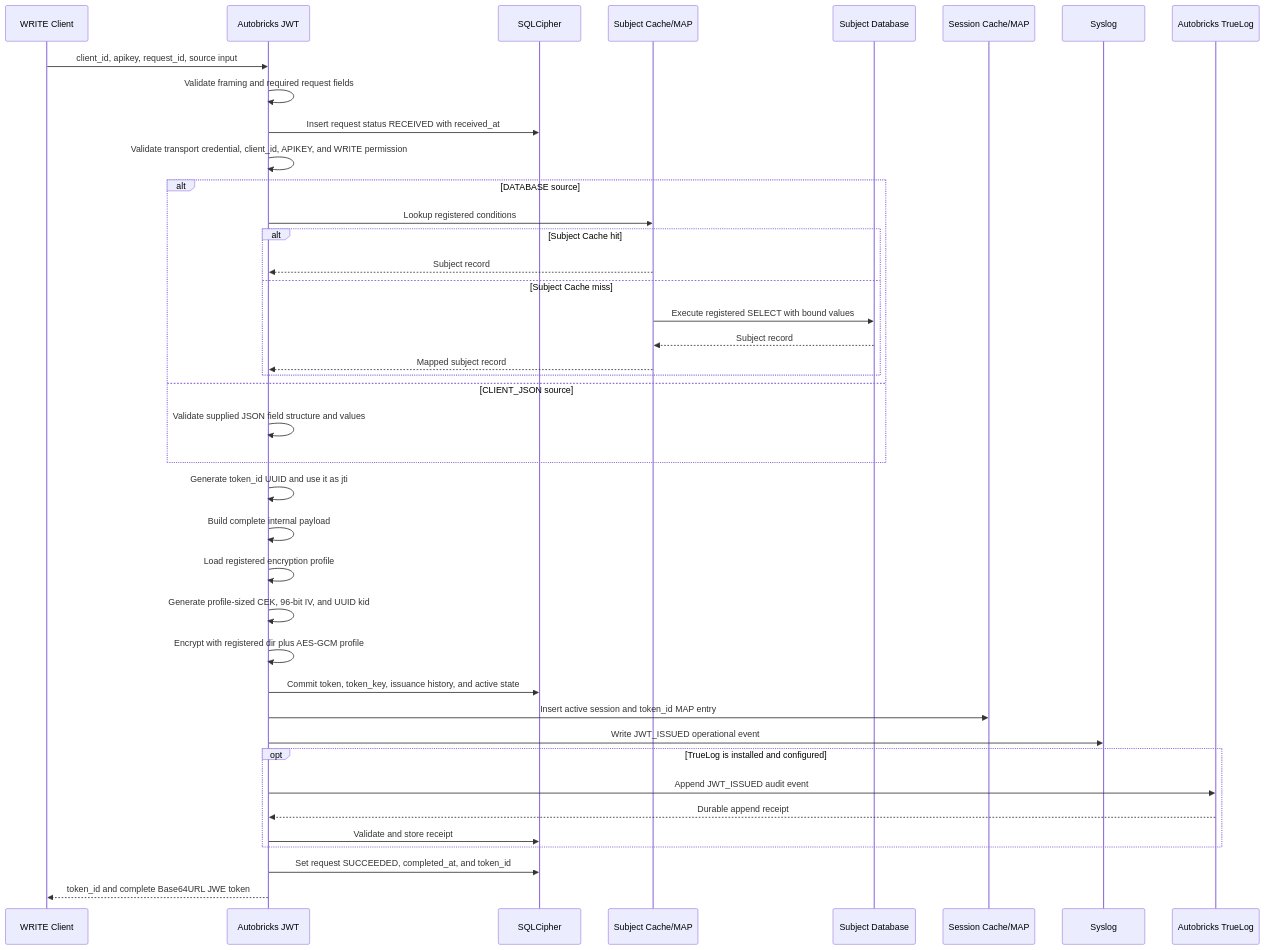
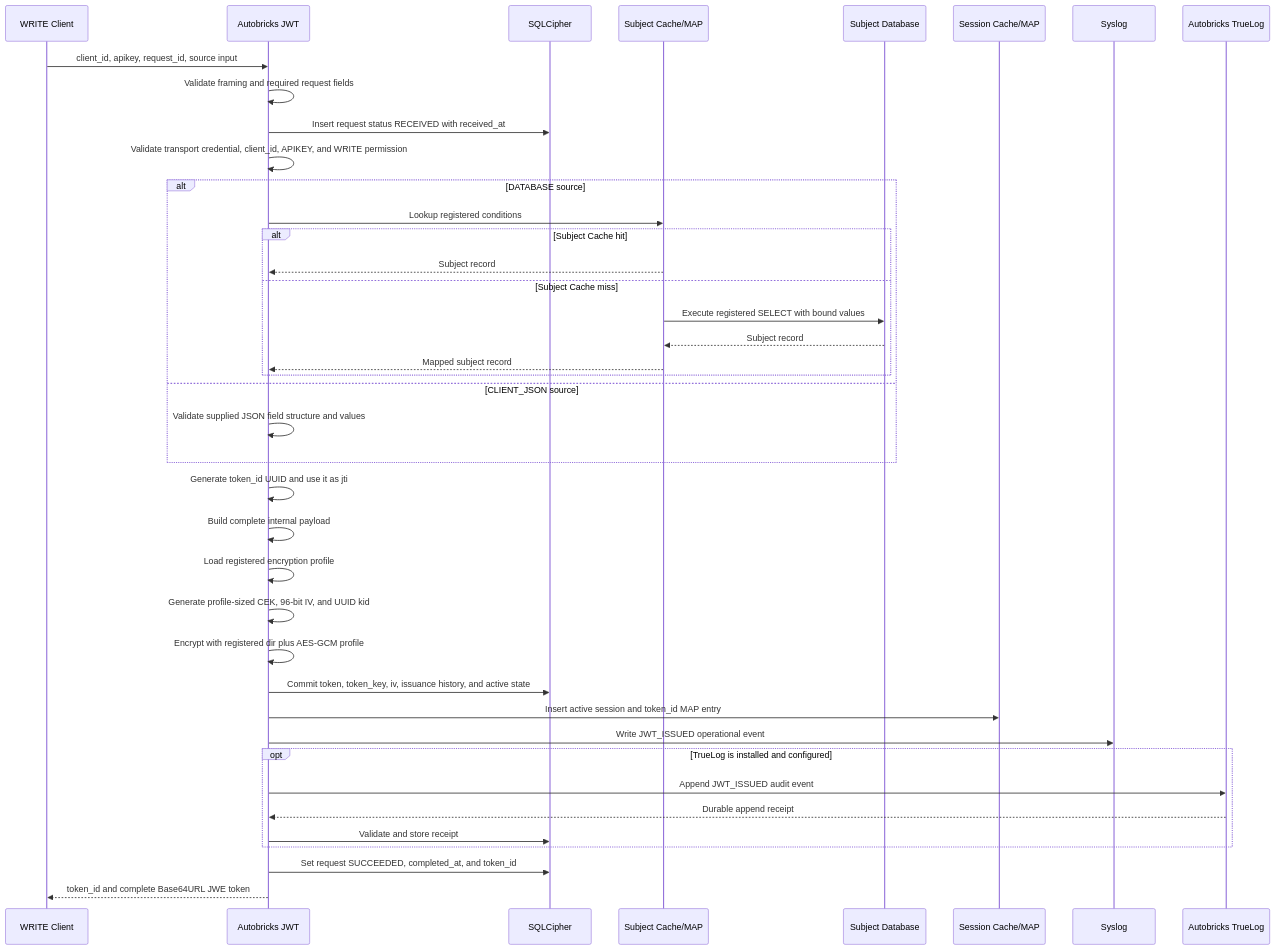
One commit to pregene/autobricks-jwt changed the second of 2 diagrams in docs/03-service-json-web-token-issuance.md. Above: the diagram before and after it, drawn with Mermaid. The commit also changed other lines of this file and 12 other files, not shown here.

````diff
--- a/docs/03-service-json-web-token-issuance.md
+++ b/docs/03-service-json-web-token-issuance.md
@@ -389,47 +389,47 @@
 ```mermaid
 sequenceDiagram
     participant C as WRITE Client
     participant J as Autobricks JWT
     participant S as SQLCipher
     participant M as Subject Cache/MAP
     participant D as Subject Database
     participant A as Session Cache/MAP
     participant O as Syslog
     participant T as Autobricks TrueLog
 
     C->>J: client_id, apikey, request_id, source input
     J->>J: Validate framing and required request fields
     J->>S: Insert request status RECEIVED with received_at
     J->>J: Validate transport credential, client_id, APIKEY, and WRITE permission
 
     alt DATABASE source
         J->>M: Lookup registered conditions
         alt Subject Cache hit
             M-->>J: Subject record
         else Subject Cache miss
             M->>D: Execute registered SELECT with bound values
             D-->>M: Subject record
             M-->>J: Mapped subject record
         end
     else CLIENT_JSON source
         J->>J: Validate supplied JSON field structure and values
     end
 
     J->>J: Generate token_id UUID and use it as jti
     J->>J: Build complete internal payload
     J->>J: Load registered encryption profile
     J->>J: Generate profile-sized CEK, 96-bit IV, and UUID kid
     J->>J: Encrypt with registered dir plus AES-GCM profile
-    J->>S: Commit token, token_key, issuance history, and active state
+    J->>S: Commit token, token_key, iv, issuance history, and active state
     J->>A: Insert active session and token_id MAP entry
     J->>O: Write JWT_ISSUED operational event
 
     opt TrueLog is installed and configured
         J->>T: Append JWT_ISSUED audit event
         T-->>J: Durable append receipt
         J->>S: Validate and store receipt
     end
 
     J->>S: Set request SUCCEEDED, completed_at, and token_id
     J-->>C: token_id and complete Base64URL JWE token
 ```
````
